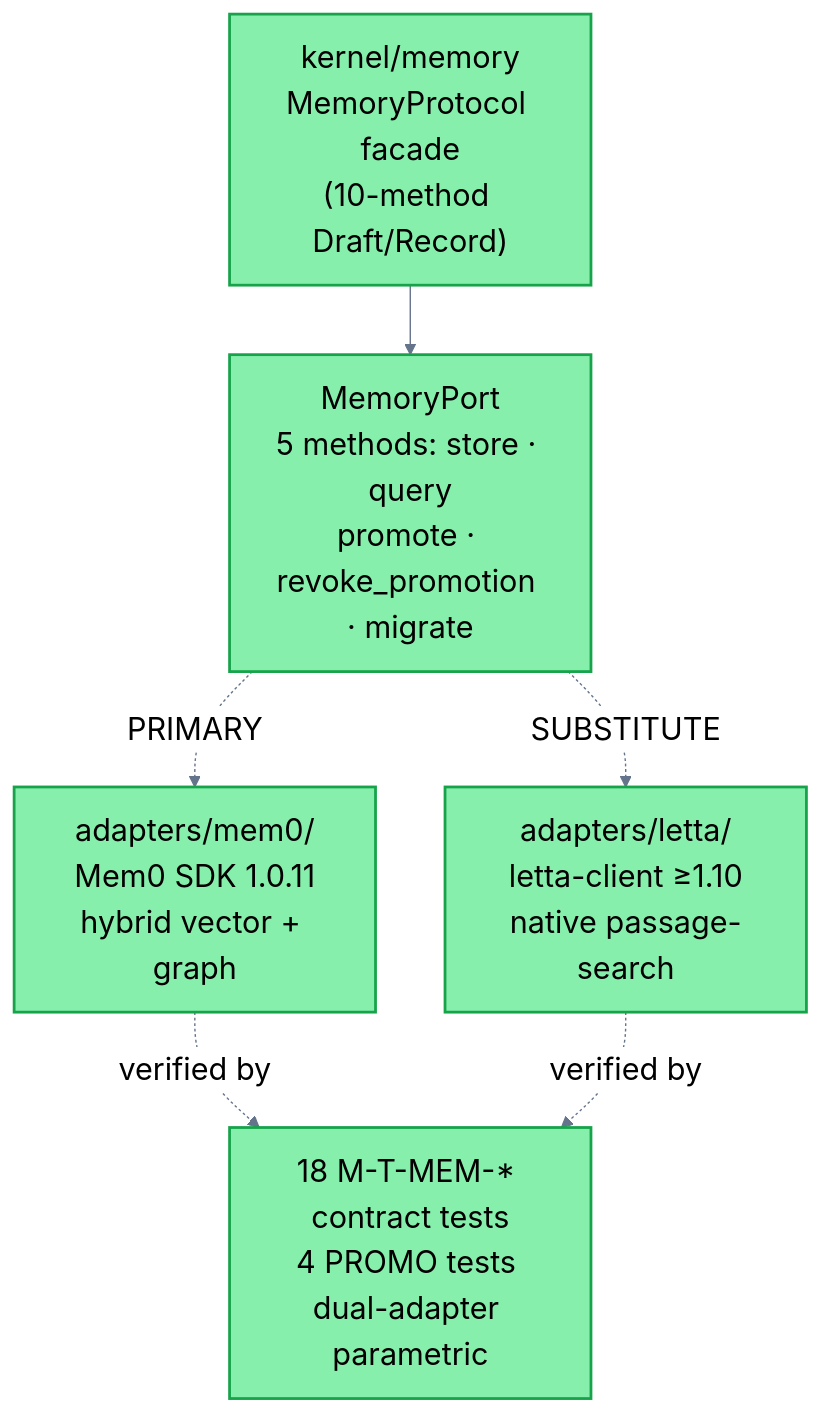
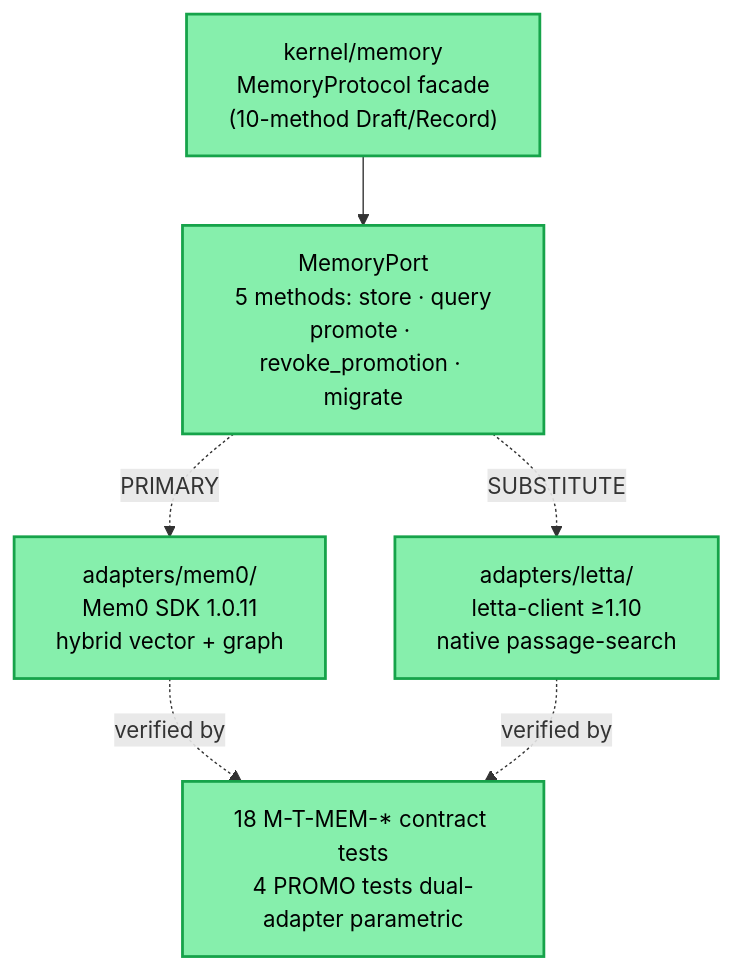
Diagram 12 of 13 in docs/architecture-diagrams.md (verdaca/VERDACA), drawn with Mermaid before and after one commit. The commit also changed other lines of this file, not shown here.

First line of the commit message:
docs: Diagram 8 cleanup + font sizing per new rule

````diff
--- a/docs/architecture-diagrams.md
+++ b/docs/architecture-diagrams.md
@@ -486,16 +462,16 @@
 ```mermaid
-%%{init: {'theme': 'base', 'themeVariables': {'fontSize': '22px', 'primaryColor': '#fff', 'primaryTextColor': '#000', 'lineColor': '#64748b', 'nodeBorder': '#000', 'clusterBkg': '#1f2937', 'clusterBorder': '#475569'}}}%%
+%%{init: {'themeVariables': {'fontSize': '16px'}}}%%
 flowchart TB
     KMEM["kernel/memory<br/>MemoryProtocol facade<br/>(10-method Draft/Record)"]:::done
     PORT["MemoryPort<br/>5 methods: store · query<br/>promote · revoke_promotion · migrate"]:::done
 
     KMEM --> PORT
 
     PORT -.PRIMARY.-> MEM0["adapters/mem0/<br/>Mem0 SDK 1.0.11<br/>hybrid vector + graph"]:::done
     PORT -.SUBSTITUTE.-> LETTA["adapters/letta/<br/>letta-client ≥1.10<br/>native passage-search"]:::done
 
     MEM0 -.verified by.-> CT["18 M-T-MEM-* contract tests<br/>4 PROMO tests dual-adapter parametric"]:::done
     LETTA -.verified by.-> CT
 
-    classDef done fill:#86efac,stroke:#16a34a,stroke-width:2px,color:#000,font-size:22px
+    classDef done fill:#86efac,stroke:#16a34a,stroke-width:2px,color:#000
 ```
````
